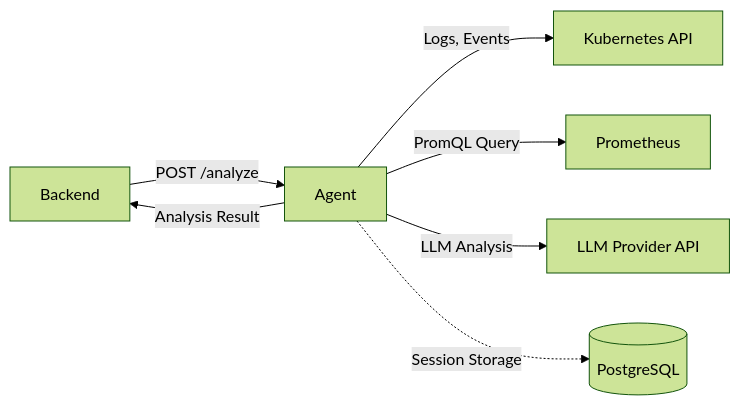
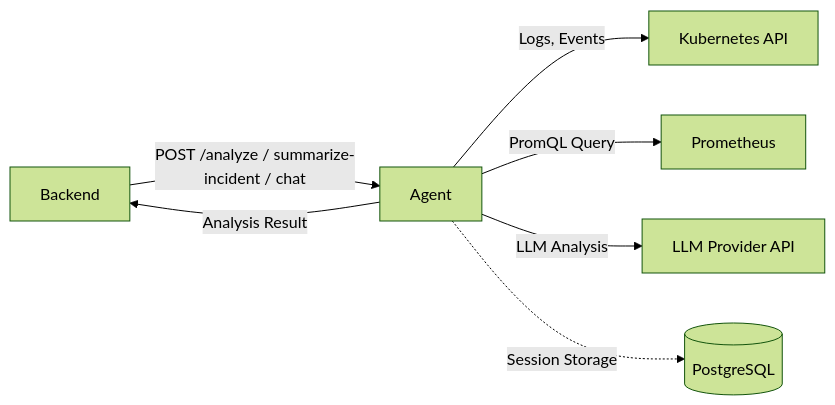
One commit to kube-rca/kuberca changed the diagram in agent/README.md. Above: the diagram before and after it, drawn with Mermaid (forest theme). The commit also changed other lines of this file and 5 other files, not shown here.

````diff
--- a/agent/README.md
+++ b/agent/README.md
@@ -37,9 +39,9 @@
 ```mermaid
 flowchart LR
-  BE[Backend] -->|POST /analyze| AG[Agent]
+  BE[Backend] -->|POST /analyze / summarize-incident / chat| AG[Agent]
   AG -->|Logs, Events| K8S[Kubernetes API]
   AG -->|PromQL Query| PR[Prometheus]
   AG -->|LLM Analysis| LLM[LLM Provider API]
   AG -.->|Session Storage| PG[(PostgreSQL)]
   AG -->|Analysis Result| BE
 ```
````
